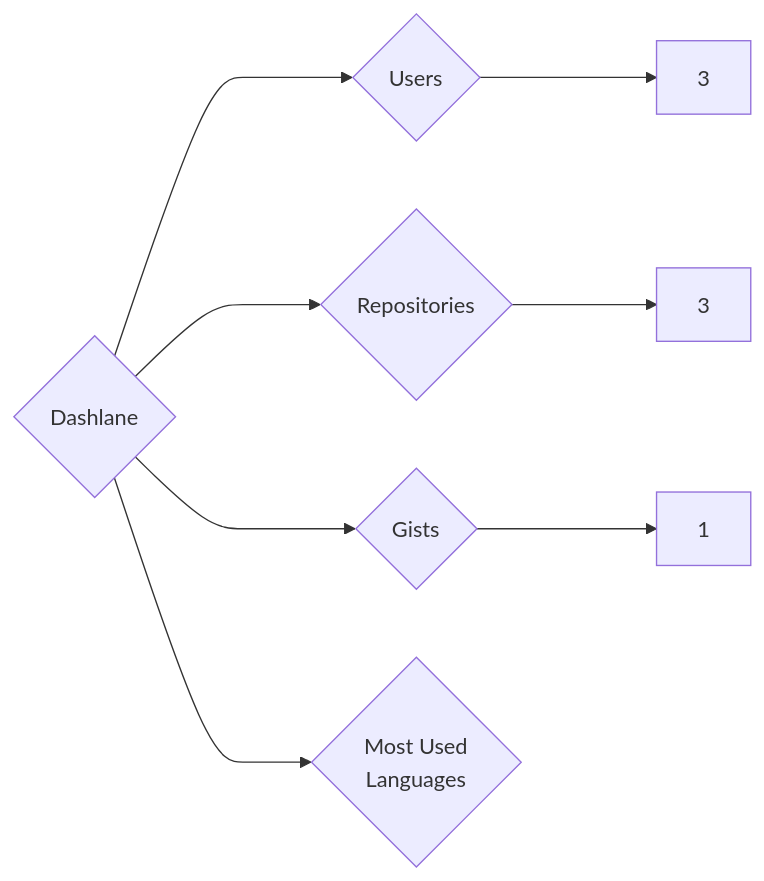
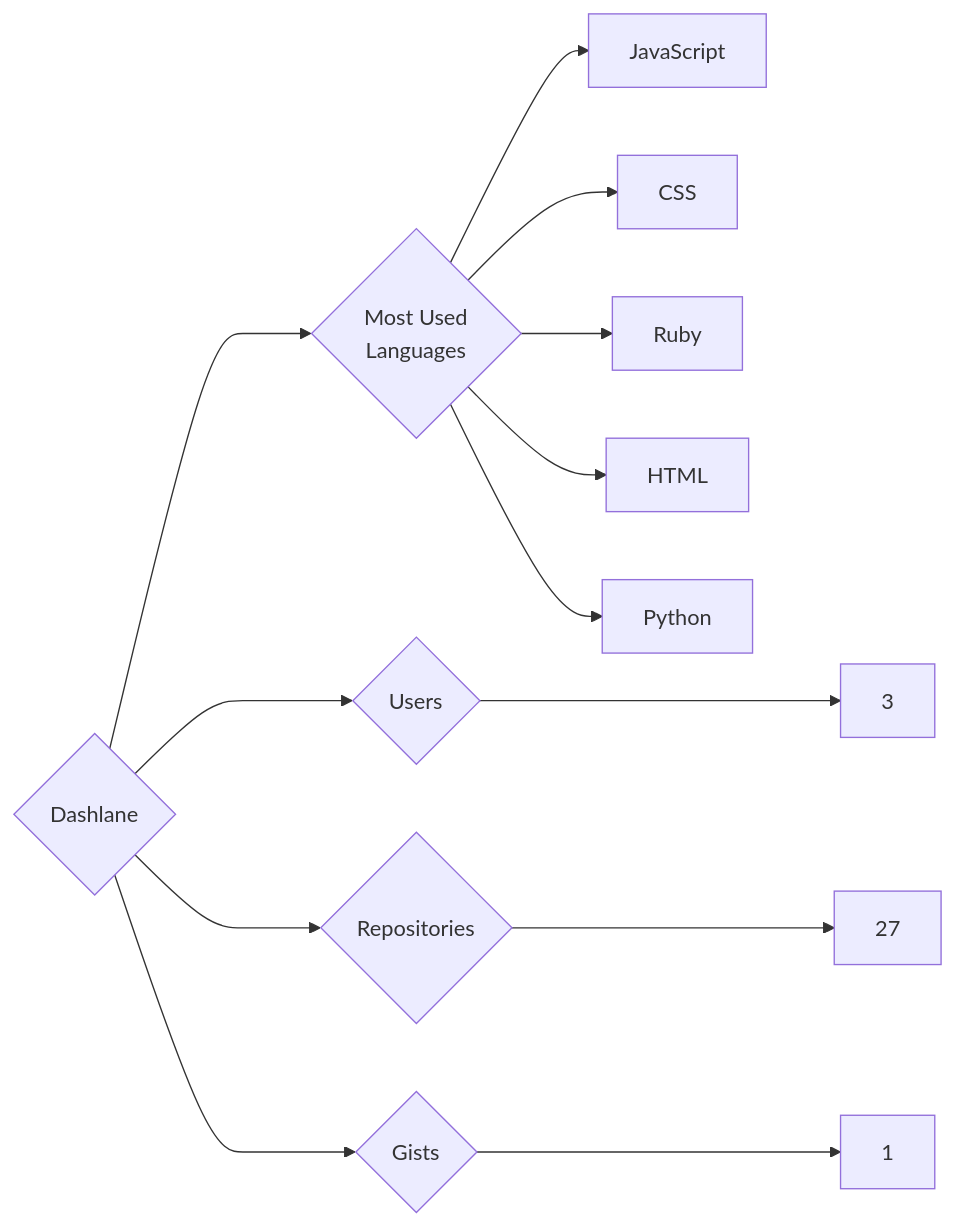
One commit to trickest/insiders changed the diagram in targets/Dashlane/README.md. Above: the diagram before and after it, drawn with Mermaid. The commit also changed 1089 other files, not shown here.

````diff
--- a/targets/Dashlane/README.md
+++ b/targets/Dashlane/README.md
@@ -3,8 +3,13 @@
 ```mermaid
 graph LR
 COMPANY_NAME{Dashlane}
 COMPANY_NAME ---> U{Users} ---> UN[3]
-COMPANY_NAME ---> R{Repositories} ---> RN[3]
+COMPANY_NAME ---> R{Repositories} ---> RN[27]
 COMPANY_NAME ---> G{Gists} ---> GN[1]
 COMPANY_NAME ---> ML{Most Used<br>Languages}
+ML --> JavaScript[JavaScript]
+ML --> CSS[CSS]
+ML --> Ruby[Ruby]
+ML --> HTML[HTML]
+ML --> Python[Python]
 ```
````
